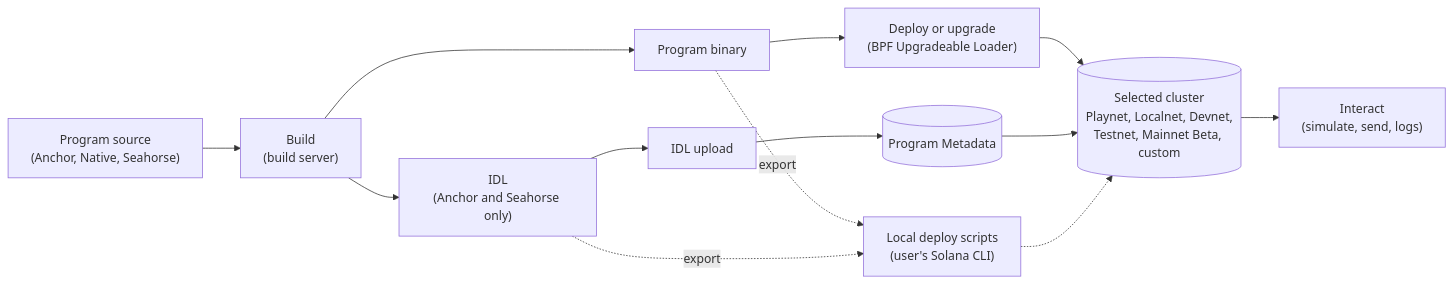
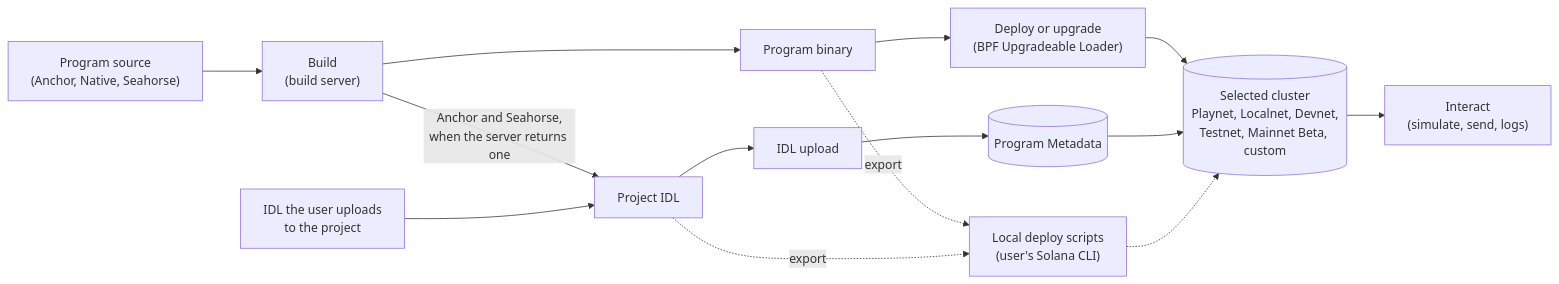
The first of 3 diagrams in openspec/changes/wbdi-flow/design.md (solana-foundation/solana-playground), drawn with Mermaid before and after one commit. The commit also changed other lines of this file and 10 other files, not shown here.

Commit message:
docs(openspec): finish or close unfinished IDL uploads, and offer anchor legacy-idl fetch and close

````diff
--- a/openspec/changes/wbdi-flow/design.md
+++ b/openspec/changes/wbdi-flow/design.md
@@ -62,15 +68,16 @@
 ```mermaid
 flowchart LR
   src["Program source<br/>(Anchor, Native, Seahorse)"] --> build["Build<br/>(build server)"]
   build --> bin["Program binary"]
-  build --> idl["IDL<br/>(Anchor and Seahorse only)"]
+  build -- "Anchor and Seahorse,<br/>when the server returns one" --> idl["Project IDL"]
+  file["IDL the user uploads<br/>to the project"] --> idl
   bin --> deploy["Deploy or upgrade<br/>(BPF Upgradeable Loader)"]
   deploy --> cluster[("Selected cluster<br/>Playnet, Localnet, Devnet,<br/>Testnet, Mainnet Beta, custom")]
   idl --> upload["IDL upload"]
   upload --> pmp[("Program Metadata")]
   pmp --> cluster
   cluster --> interact["Interact<br/>(simulate, send, logs)"]
   bin -. export .-> scripts["Local deploy scripts<br/>(user's Solana CLI)"]
   idl -. export .-> scripts
   scripts -.-> cluster
 ```
````
